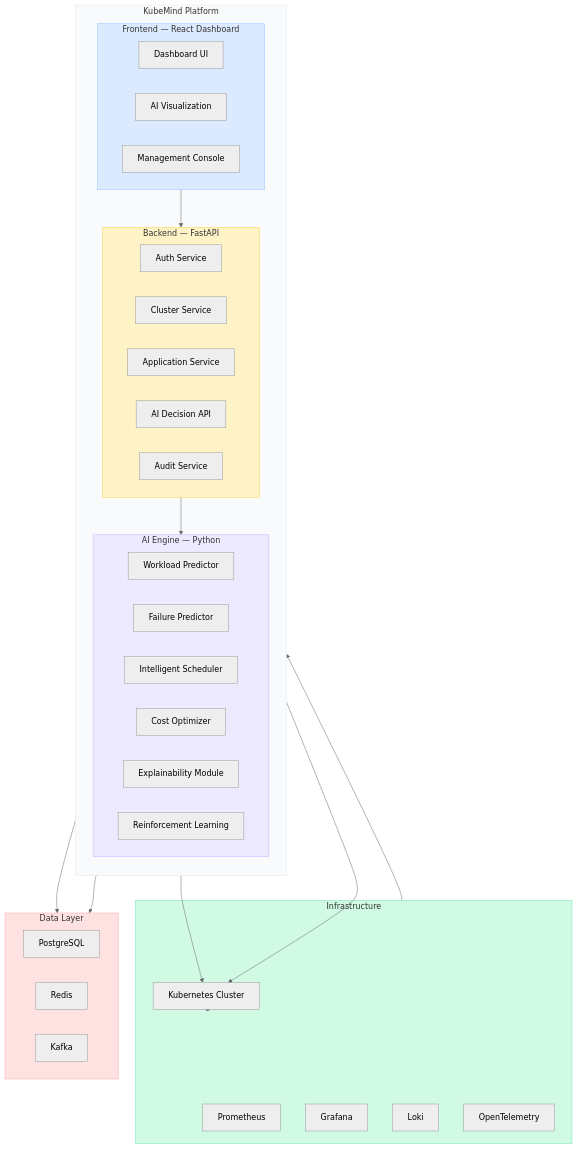
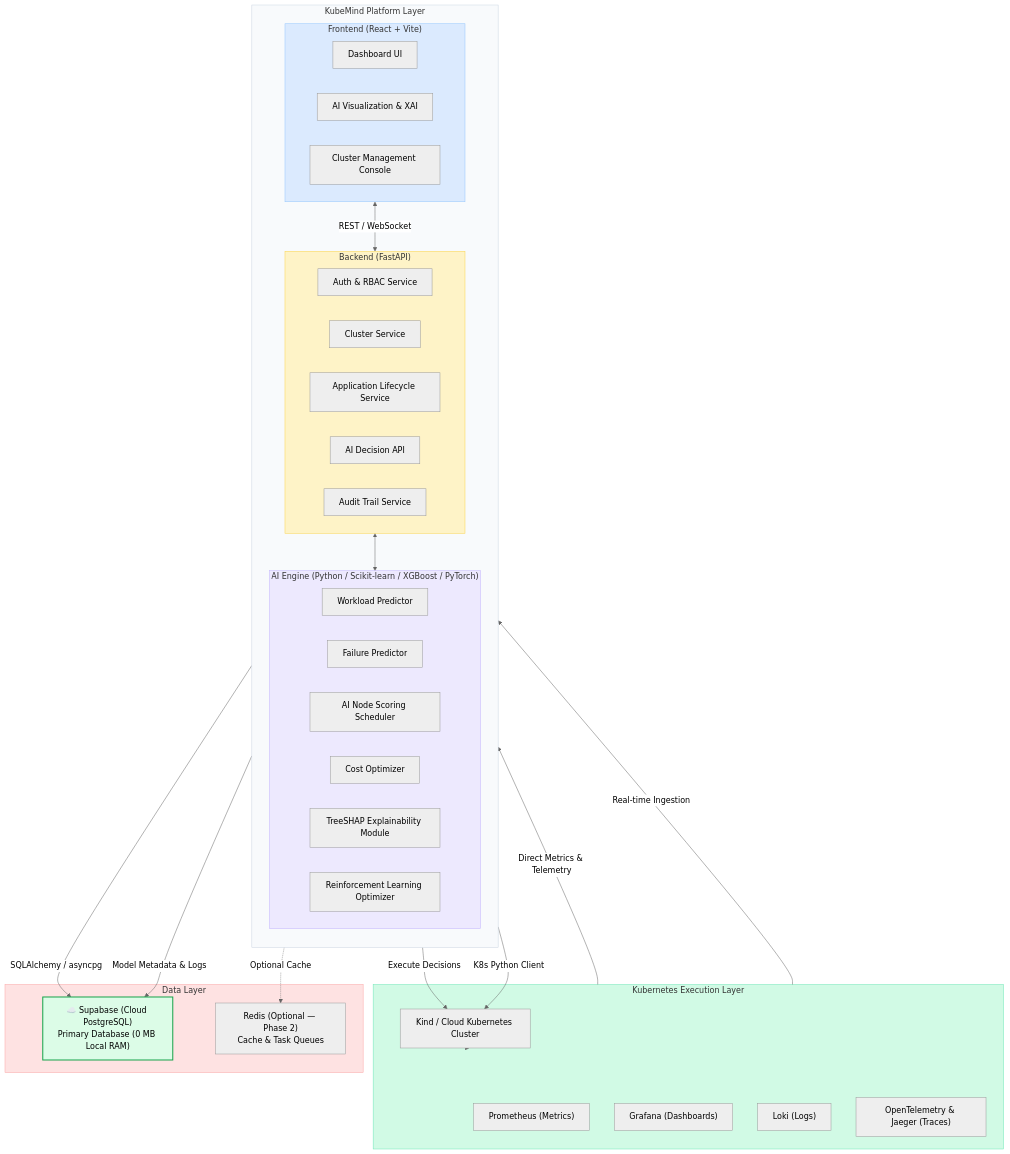
Before and after one commit to GemTAS/KubeMind: the third of 3 diagrams in docs/architecture/architecture-overview.md, drawn with Mermaid (neutral theme). The commit also changed other lines of this file and 3 other files, not shown here.

````diff
--- a/docs/architecture/architecture-overview.md
+++ b/docs/architecture/architecture-overview.md
@@ -67,58 +151,60 @@
 ```mermaid
 graph TB
-    subgraph Platform["KubeMind Platform"]
+    subgraph Platform["KubeMind Platform Layer"]
         direction TB
-        subgraph FE["Frontend — React Dashboard"]
+        subgraph FE["Frontend (React + Vite)"]
             UI["Dashboard UI"]
-            VIZ["AI Visualization"]
-            MGMT["Management Console"]
+            VIZ["AI Visualization & XAI"]
+            MGMT["Cluster Management Console"]
         end
 
-        subgraph BE["Backend — FastAPI"]
-            AUTH["Auth Service"]
+        subgraph BE["Backend (FastAPI)"]
+            AUTH["Auth & RBAC Service"]
             CLUSTER["Cluster Service"]
-            APP["Application Service"]
+            APP["Application Lifecycle Service"]
             AI_API["AI Decision API"]
-            AUDIT_SVC["Audit Service"]
+            AUDIT_SVC["Audit Trail Service"]
         end
 
-        subgraph AI["AI Engine — Python"]
+        subgraph AI["AI Engine (Python / Scikit-learn / XGBoost / PyTorch)"]
             WP["Workload Predictor"]
             FP["Failure Predictor"]
-            SCHED["Intelligent Scheduler"]
+            SCHED["AI Node Scoring Scheduler"]
             COST["Cost Optimizer"]
-            XAI_MOD["Explainability Module"]
-            RL["Reinforcement Learning"]
+            XAI_MOD["TreeSHAP Explainability Module"]
+            RL["Reinforcement Learning Optimizer"]
         end
     end
 
-    subgraph INFRA["Infrastructure"]
-        K8S["Kubernetes Cluster"]
-        PROM["Prometheus"]
-        GRAF["Grafana"]
-        LOKI_C["Loki"]
-        OTEL["OpenTelemetry"]
+    subgraph INFRA["Kubernetes Execution Layer"]
+        K8S_CORE["Kind / Cloud Kubernetes Cluster"]
+        PROM["Prometheus (Metrics)"]
+        GRAF["Grafana (Dashboards)"]
+        LOKI_C["Loki (Logs)"]
+        OTEL["OpenTelemetry & Jaeger (Traces)"]
     end
 
     subgraph DATA["Data Layer"]
-        PG["PostgreSQL"]
-        REDIS_C["Redis"]
-        KAFKA_C["Kafka"]
+        SUPABASE["☁️ Supabase (Cloud PostgreSQL)<br/>Primary Database (0 MB Local RAM)"]
+        REDIS_C["Redis (Optional — Phase 2)<br/>Cache & Task Queues"]
     end
 
-    FE --> BE
-    BE --> AI
-    BE --> DATA
-    AI --> DATA
-    AI --> K8S
-    BE --> K8S
-    K8S --> INFRA
-    INFRA --> AI
+    FE <-->|REST / WebSocket| BE
+    BE <--> AI
+    BE -->|SQLAlchemy / asyncpg| SUPABASE
+    BE -.->|Optional Cache| REDIS_C
+    AI -->|Model Metadata & Logs| SUPABASE
+    AI -->|Execute Decisions| K8S_CORE
+    BE -->|K8s Python Client| K8S_CORE
+    K8S_CORE --> INFRA
+    INFRA -->|Direct Metrics & Telemetry| BE
+    INFRA -->|Real-time Ingestion| AI
 
-    style Platform fill:#f8fafc,stroke:#e2e8f0
+    style Platform fill:#f8fafc,stroke:#cbd5e1
     style FE fill:#dbeafe,stroke:#93c5fd
     style BE fill:#fef3c7,stroke:#fcd34d
     style AI fill:#ede9fe,stroke:#c4b5fd
     style INFRA fill:#d1fae5,stroke:#6ee7b7
     style DATA fill:#fee2e2,stroke:#fca5a5
+    style SUPABASE fill:#dcfce7,stroke:#16a34a,stroke-width:2px
 ```
````
